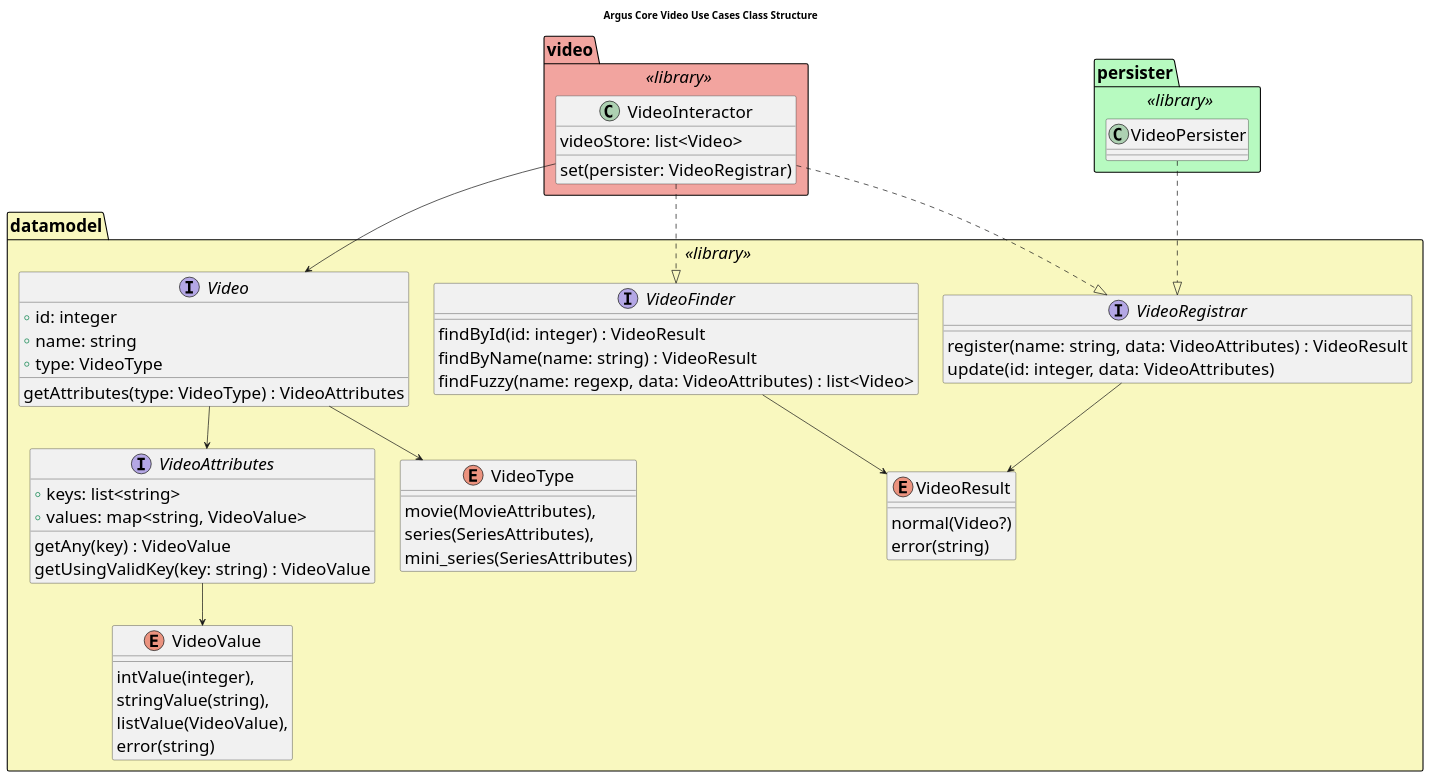
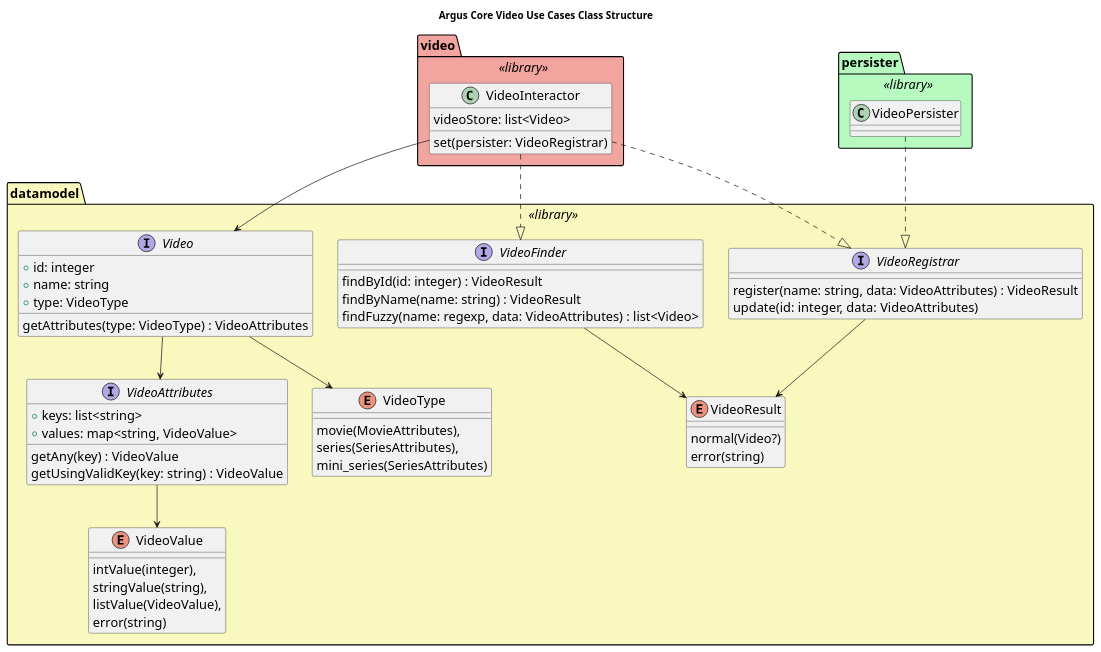
The second of 2 diagrams in notes.org (pajato/ArgusDesign), drawn with PlantUML before and after one commit. The commit also changed 1 other file, not shown here.

Commit message:
Try 18 point font...

```diff
--- a/notes.org
+++ b/notes.org
@@ -71,77 +71,77 @@
 #+begin_src plantuml :file videoUseCasesClassStructure.png
 title Argus Core Video Use Cases Class Structure
 
 package datamodel <<library>> #F9F8BF {
 
   enum VideoType {
     movie(MovieAttributes),
     series(SeriesAttributes),
     mini_series(SeriesAttributes)
   }
 
   enum VideoValue {
     intValue(integer),
     stringValue(string),
     listValue(VideoValue),
     error(string)
   }
 
   enum VideoResult {
     normal(Video?)
     error(string)
   }
 
   interface VideoAttributes {
     + keys: list<string>
     + values: map<string, VideoValue>
     getAny(key) : VideoValue
     getUsingValidKey(key: string) : VideoValue
   }
 
   interface VideoFinder {
     findById(id: integer) : VideoResult
     findByName(name: string) : VideoResult
     findFuzzy(name: regexp, data: VideoAttributes) : list<Video>
   }
 
   interface VideoRegistrar {
     register(name: string, data: VideoAttributes) : VideoResult
     update(id: integer, data: VideoAttributes)
   }
 
   interface Video {
     + id: integer
     + name: string
     + type: VideoType
     getAttributes(type: VideoType) : VideoAttributes
   }
 
   VideoAttributes --> VideoValue
   Video --> VideoType
   Video --> VideoAttributes
   VideoFinder --> VideoResult
   VideoRegistrar --> VideoResult
 
 }
 
 package video <<library>> #F2A49F {
 
   class VideoInteractor {
     videoStore: list<Video>
     set(persister: VideoRegistrar)
   }
 
 }
 
 package persister <<library>> #B7FAC0 {
   class VideoPersister
 }
 
 VideoPersister ..|> VideoRegistrar
 VideoInteractor ..|> VideoRegistrar
 VideoInteractor ..|> VideoFinder
 VideoInteractor --> Video
 
-skinparam defaultFontSize 24
+skinparam defaultFontSize 18
 
 #+end_src
```
